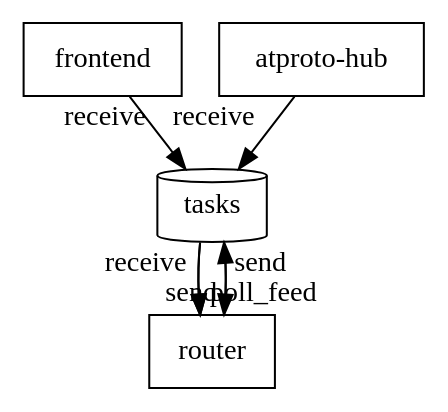
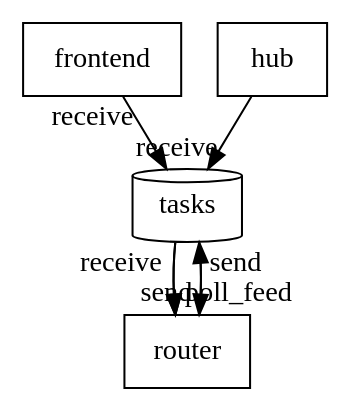
Before and after one commit to snarfed/bridgy-fed: the diagram in docs/architecture.gv, drawn with Graphviz. The commit also changed 7 other files, not shown here.

First line of the commit message:
rename atproto-hub => hub

```diff
--- a/docs/architecture.gv
+++ b/docs/architecture.gv
@@ -1,15 +1,15 @@
 digraph "bridgy fed" {
 
 frontend [shape = box]
 router [shape = box]
-"atproto-hub" [shape = box]
+hub [shape = box]
 tasks [shape = cylinder]
 
 frontend -> tasks [xlabel = receive]
-"atproto-hub" -> tasks [xlabel = receive]
+hub -> tasks [xlabel = receive]
 tasks -> router [xlabel = receive]
 tasks -> router [xlabel = send]
 tasks -> router [xlabel = poll_feed]
 router -> tasks [xlabel = send]
 
 }
```
